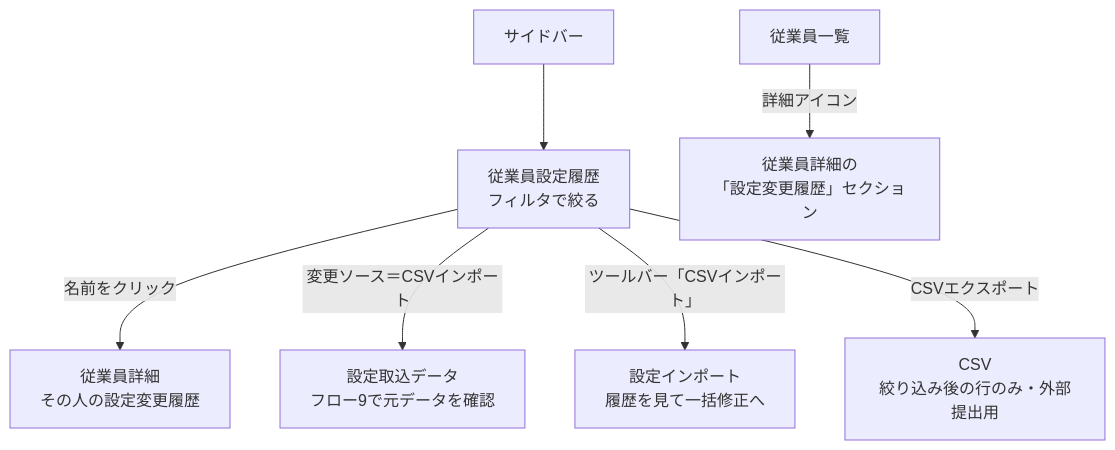
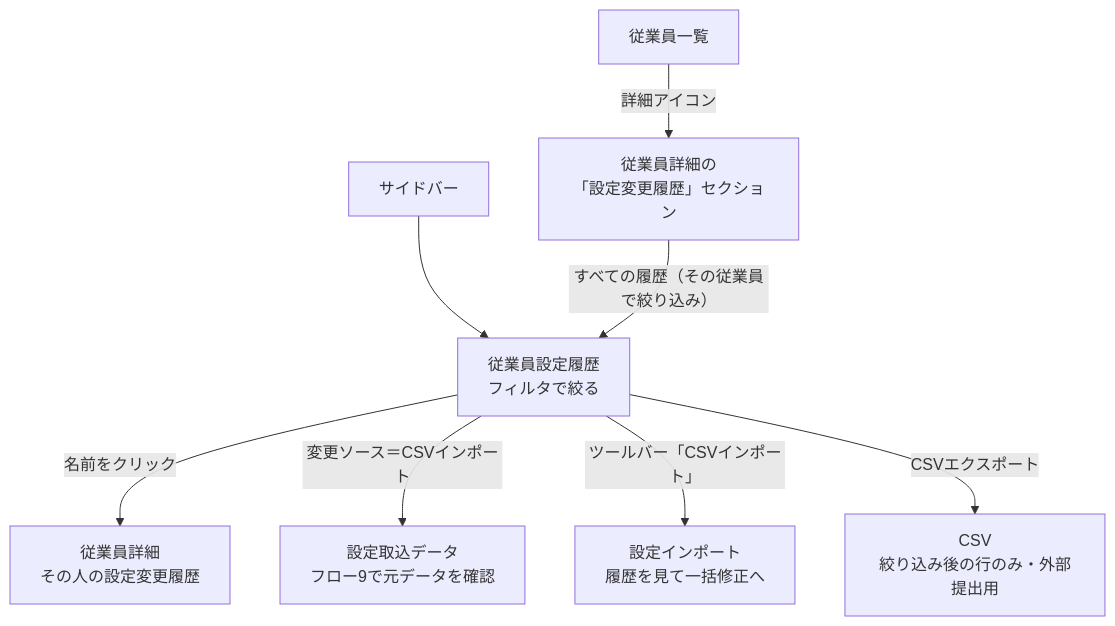
One commit to suguru789987/rakmy-employee-mgmt-spec changed the fifth of 15 diagrams in 20260803_01_従業員管理_仕様書_PdM版.md. Above: the diagram before and after it, drawn with Mermaid. The commit also changed other lines of this file and 12 other files, not shown here.

````diff
--- a/20260803_01_従業員管理_仕様書_PdM版.md
+++ b/20260803_01_従業員管理_仕様書_PdM版.md
@@ -241,10 +241,11 @@
 ```mermaid
 flowchart TB
   SB["サイドバー"] --> EH["従業員設定履歴<br/>フィルタで絞る"]
   EH -->|"名前をクリック"| ED["従業員詳細<br/>その人の設定変更履歴"]
   EH -->|"変更ソース＝CSVインポート"| SD["設定取込データ<br/>フロー9で元データを確認"]
   EH -->|"ツールバー「CSVインポート」"| IMP["設定インポート<br/>履歴を見て一括修正へ"]
   EH -->|"CSVエクスポート"| CSV["CSV<br/>絞り込み後の行のみ・外部提出用"]
 
   EL["従業員一覧"] -->|"詳細アイコン"| ED2["従業員詳細の<br/>「設定変更履歴」セクション"]
+  ED2 -->|"すべての履歴（その従業員で絞り込み）"| EH
 ```
````
